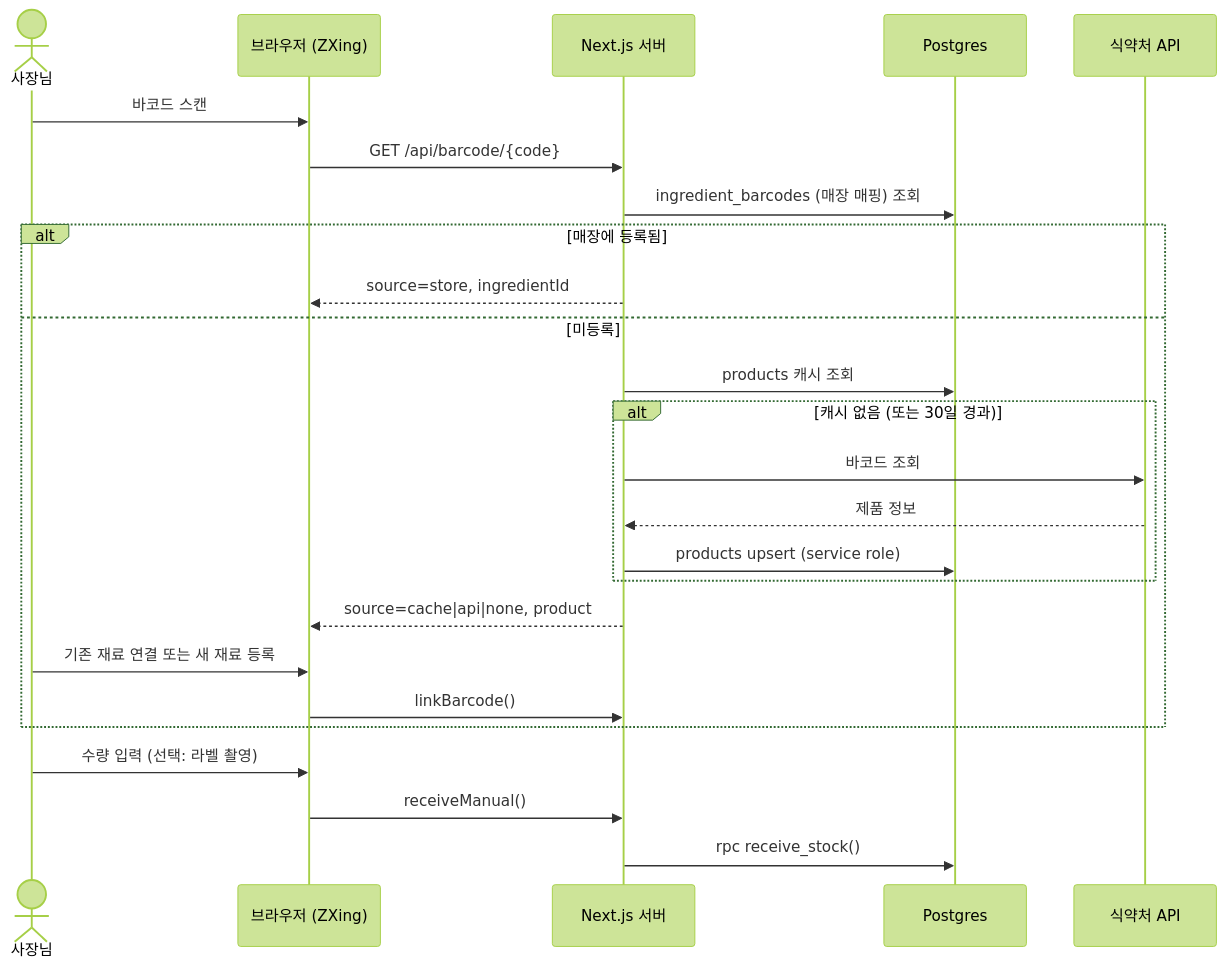
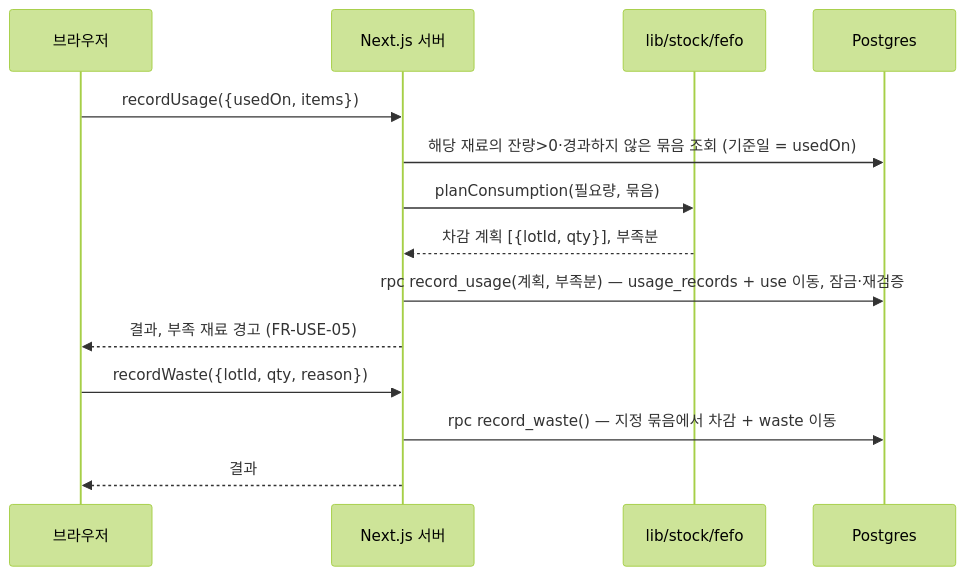
One commit to semicolon213/infood changed the second of 6 diagrams in docs/06_ARCHITECTURE.md. Above: the diagram before and after it, drawn with Mermaid (forest theme). The commit also changed other lines of this file and 8 other files, not shown here.

````diff
--- a/docs/06_ARCHITECTURE.md
+++ b/docs/06_ARCHITECTURE.md
@@ -135,28 +141,18 @@
 ```mermaid
 sequenceDiagram
-    actor U as 사장님
-    participant C as 브라우저 (ZXing)
+    participant C as 브라우저
     participant S as Next.js 서버
+    participant D as lib/stock/fefo
     participant DB as Postgres
-    participant F as 식약처 API
 
-    U->>C: 바코드 스캔
-    C->>S: GET /api/barcode/{code}
-    S->>DB: ingredient_barcodes (매장 매핑) 조회
-    alt 매장에 등록됨
-        S-->>C: source=store, ingredientId
-    else 미등록
-        S->>DB: products 캐시 조회
-        alt 캐시 없음 (또는 30일 경과)
-            S->>F: 바코드 조회
-            F-->>S: 제품 정보
-            S->>DB: products upsert (service role)
-        end
-        S-->>C: source=cache|api|none, product
-        U->>C: 기존 재료 연결 또는 새 재료 등록
-        C->>S: linkBarcode()
-    end
-    U->>C: 수량 입력 (선택: 라벨 촬영)
-    C->>S: receiveManual()
-    S->>DB: rpc receive_stock()
+    C->>S: recordUsage({usedOn, items})
+    S->>DB: 해당 재료의 잔량>0·경과하지 않은 묶음 조회 (기준일 = usedOn)
+    S->>D: planConsumption(필요량, 묶음)
+    D-->>S: 차감 계획 [{lotId, qty}], 부족분
+    S->>DB: rpc record_usage(계획, 부족분) — usage_records + use 이동, 잠금·재검증
+    S-->>C: 결과, 부족 재료 경고 (FR-USE-05)
+
+    C->>S: recordWaste({lotId, qty, reason})
+    S->>DB: rpc record_waste() — 지정 묶음에서 차감 + waste 이동
+    S-->>C: 결과
 ```
````
